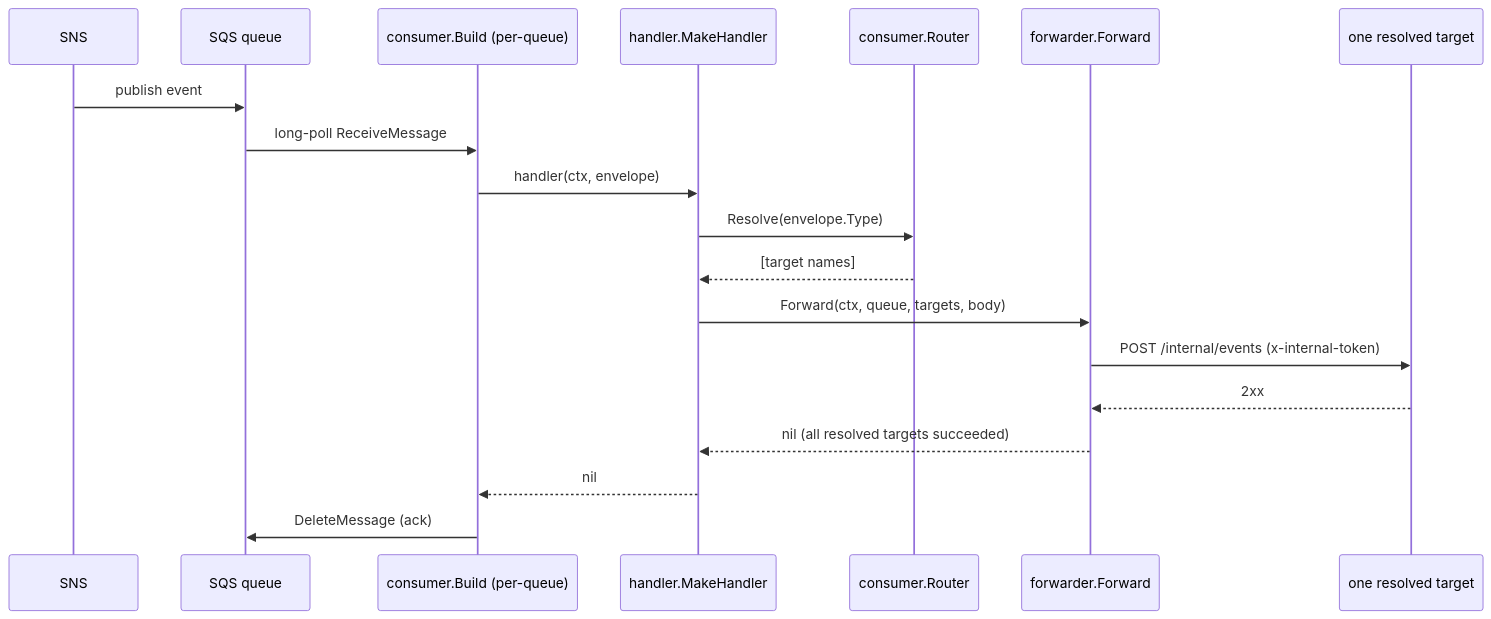
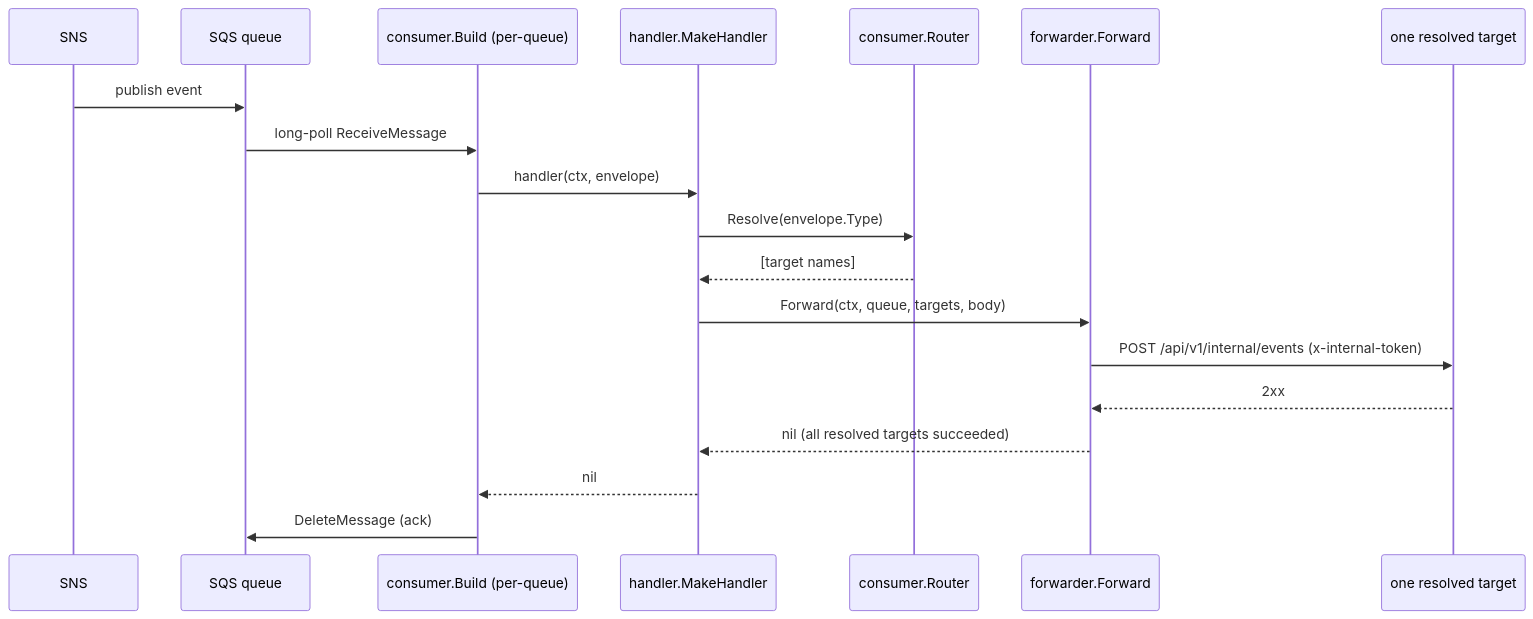
The second of 3 diagrams in ARCHITECTURE.md (BCBP-SOLUTIONS-FZC-LLC/workflow-event-consumer), drawn with Mermaid before and after one commit. The commit also changed other lines of this file and 5 other files, not shown here.

First line of the commit message:
fix(forwarder): use /api/v1/internal/events prefix, not the bare /internal/events path

````diff
--- a/ARCHITECTURE.md
+++ b/ARCHITECTURE.md
@@ -124,22 +124,22 @@
 ```mermaid
 sequenceDiagram
     participant SNS
     participant SQS as SQS queue
     participant C as consumer.Build (per-queue)
     participant H as handler.MakeHandler
     participant R as consumer.Router
     participant F as forwarder.Forward
     participant T as one resolved target
 
     SNS->>SQS: publish event
     SQS->>C: long-poll ReceiveMessage
     C->>H: handler(ctx, envelope)
     H->>R: Resolve(envelope.Type)
     R-->>H: [target names]
     H->>F: Forward(ctx, queue, targets, body)
-    F->>T: POST /internal/events (x-internal-token)
+    F->>T: POST /api/v1/internal/events (x-internal-token)
     T-->>F: 2xx
     F-->>H: nil (all resolved targets succeeded)
     H-->>C: nil
     C->>SQS: DeleteMessage (ack)
 ```
````
